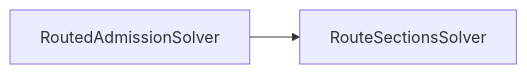
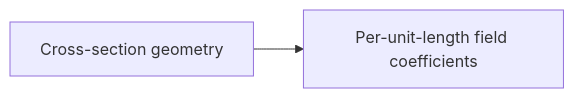
Before and after one commit to ShiboSoftwareDev/signal-integrity-pipeline: the first of 2 diagrams in README.md, drawn with Mermaid. The commit also changed other lines of this file and 20 other files, not shown here.

First line of the commit message:
feat: add 2D cross-section field extraction

````diff
--- a/README.md
+++ b/README.md
@@ -14,4 +15,4 @@
 ```mermaid
 flowchart LR
-  input["RoutedAdmissionSolver"] --> result["RouteSectionsSolver"]
+  input["Cross-section geometry"] --> result["Per-unit-length field coefficients"]
 ```
````
